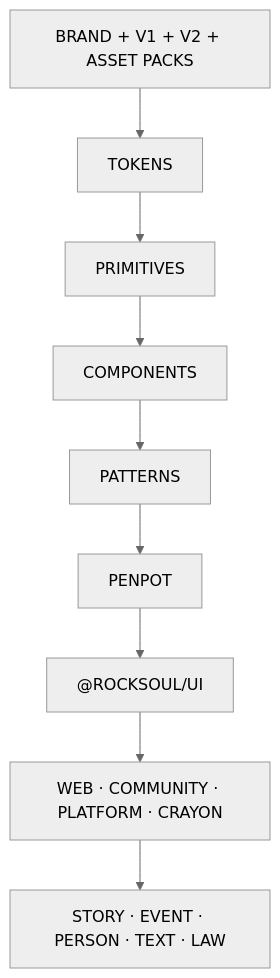
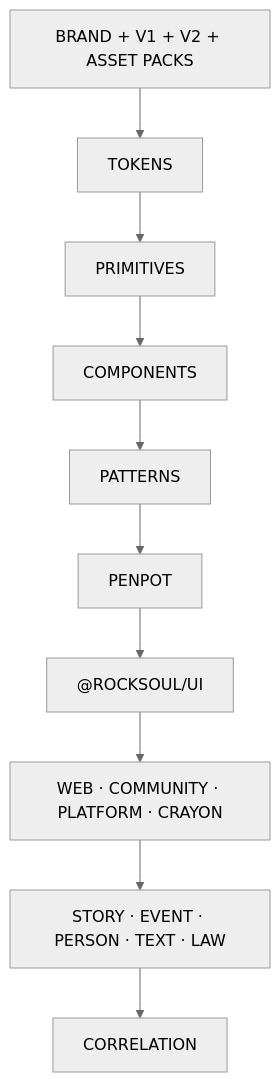
The second of 2 diagrams in README.md (bjo163/rocksoul-assets), drawn with Mermaid (neutral theme) before and after one commit. The commit also changed other lines of this file, not shown here.

Commit message:
docs: add Correlation to canonical ecosystem map

````diff
--- a/README.md
+++ b/README.md
@@ -159,11 +171,12 @@
 ```mermaid
 flowchart TD
     A["BRAND + V1 + V2 + ASSET PACKS"] --> B["TOKENS"]
     B --> C["PRIMITIVES"]
     C --> D["COMPONENTS"]
     D --> E["PATTERNS"]
     E --> F["PENPOT"]
     F --> U["@ROCKSOUL/UI"]
     U --> X["WEB · COMMUNITY · PLATFORM · CRAYON"]
     X --> I["STORY · EVENT · PERSON · TEXT · LAW"]
+    I --> Q["CORRELATION"]
 ```
````
